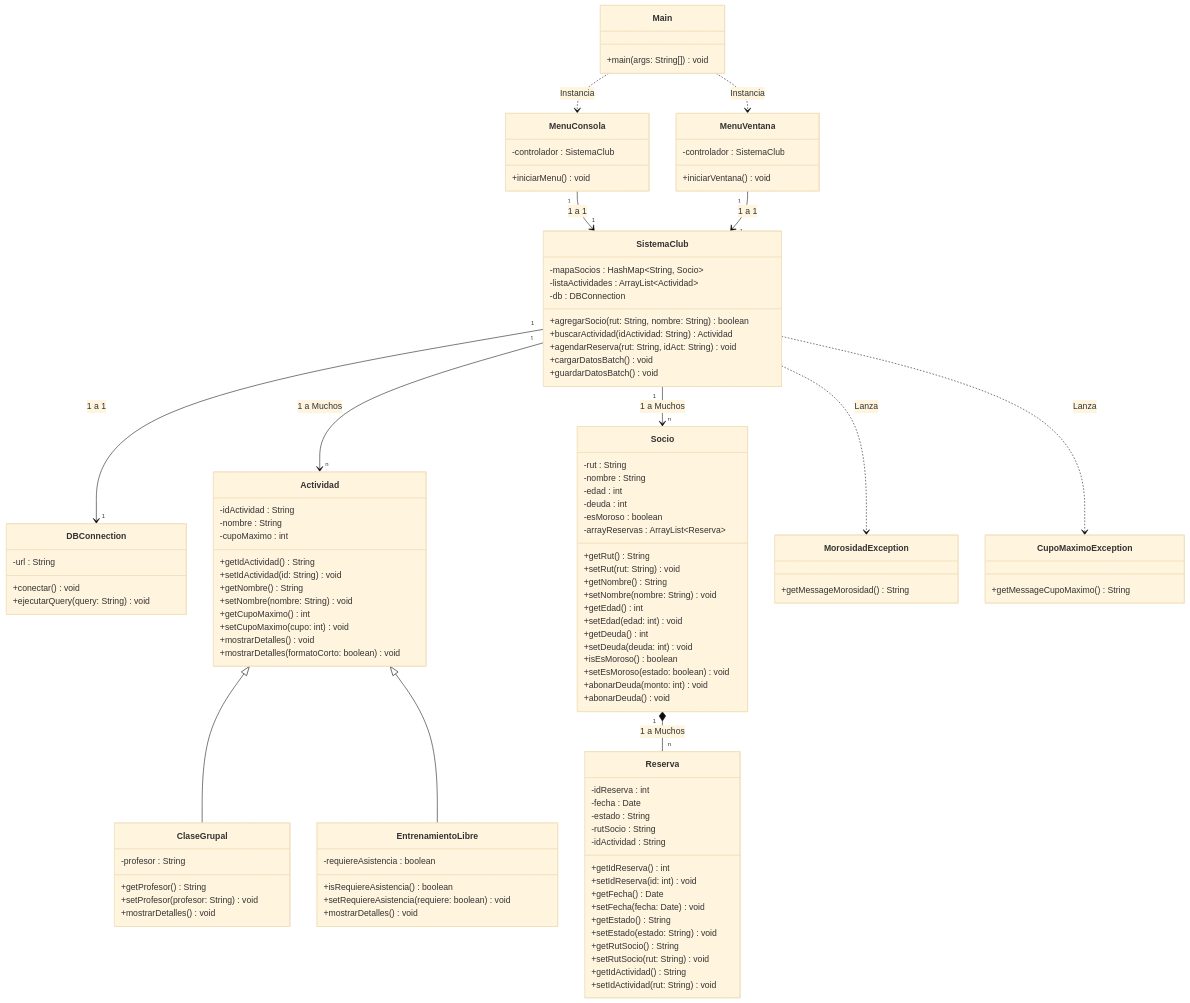
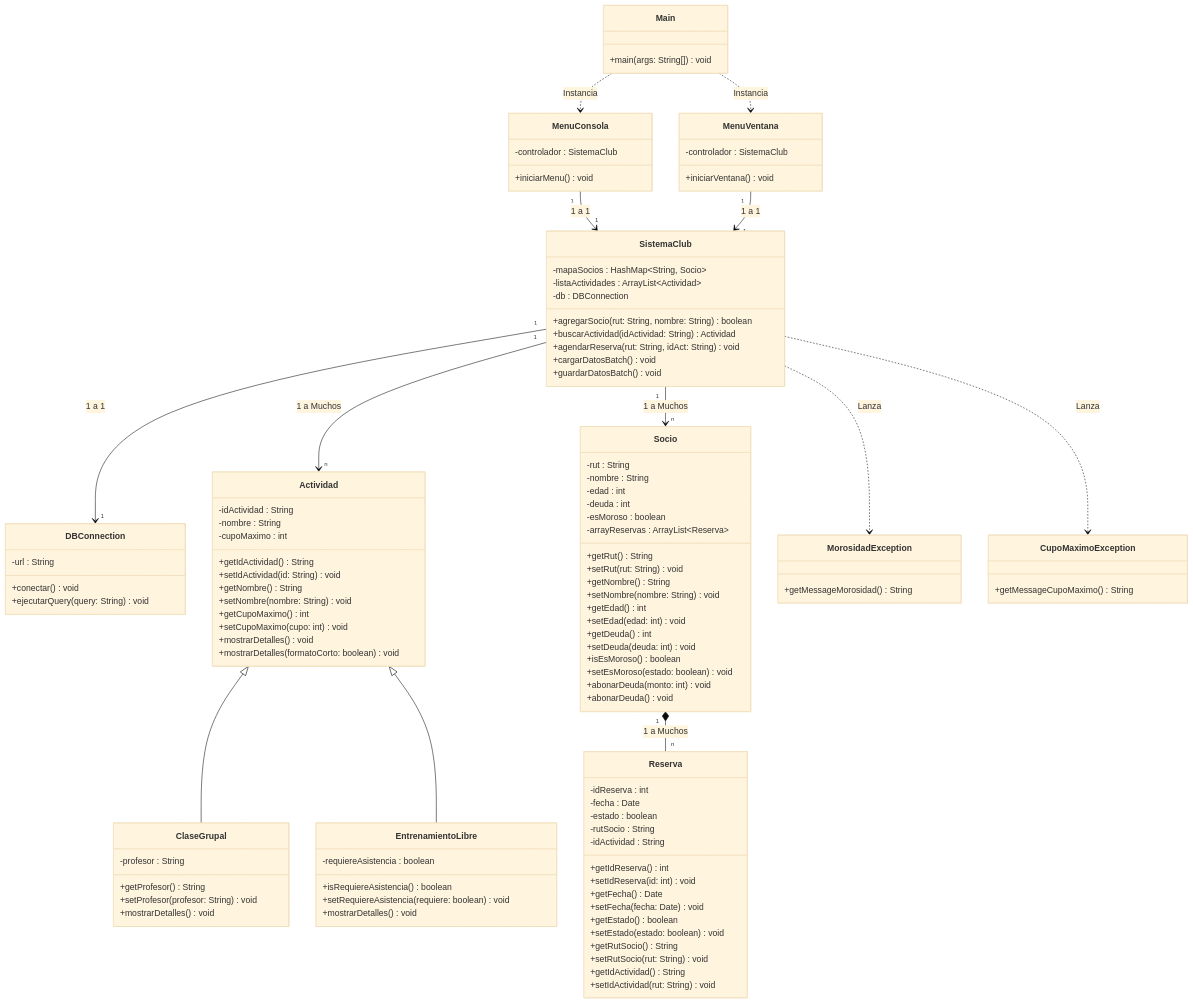
The diagram in planificacion/Diagrama de Clases UML.md (L3v1smpr/ProyectoProgramacionAvanzadaUno), drawn with Mermaid (base theme) before and after one commit.

Commit message:
Cambio de tipo de dato a atributo estado, de String a boolean para evitar errores de tipeo [Completado o Pendiente]

```diff
--- a/planificacion/Diagrama de Clases UML.md
+++ b/planificacion/Diagrama de Clases UML.md
@@ -89,15 +89,15 @@
     class Reserva {
         -idReserva : int
         -fecha : Date
-        -estado : String
+        -estado : boolean
         -rutSocio : String
 	-idActividad : String
         +getIdReserva() int
         +setIdReserva(id: int) void
         +getFecha() Date
         +setFecha(fecha: Date) void
-        +getEstado() String
-        +setEstado(estado: String) void
+        +getEstado() boolean
+        +setEstado(estado: boolean) void
         +getRutSocio() String
         +setRutSocio(rut: String) void
 	+getIdActividad() String
```
